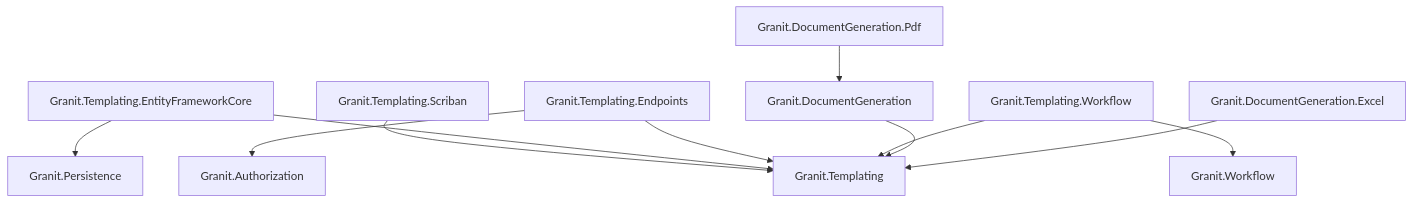
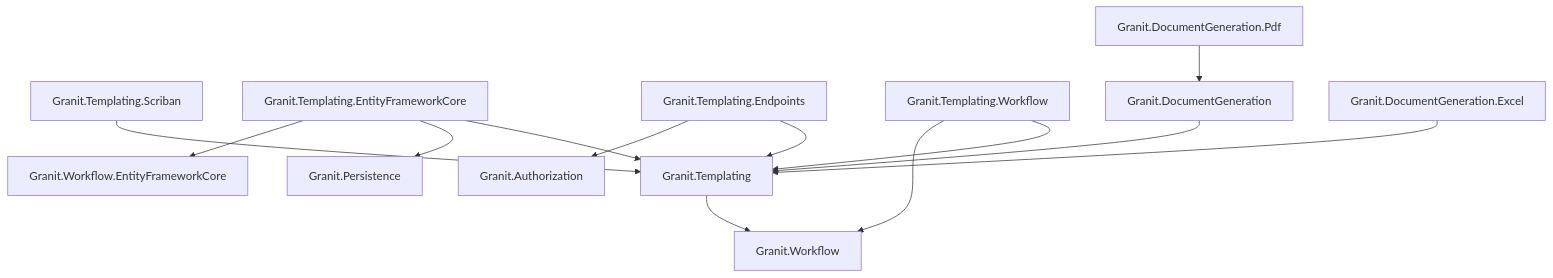
One commit to granit-fx/granit-dotnet changed the first of 3 diagrams in docs-site/src/content/docs/dotnet/business/templating.mdx. Above: the diagram before and after it, drawn with Mermaid. The commit also changed other lines of this file and 41 other files, not shown here.

First line of the commit message:
refactor(templating): migrate TemplateRevisionEntity to VersionedWorkflowEntity

````diff
--- a/docs-site/src/content/docs/dotnet/business/templating.mdx
+++ b/docs-site/src/content/docs/dotnet/business/templating.mdx
@@ -50,14 +50,15 @@
 ```mermaid
 graph TD
-    T[Granit.Templating]
+    T[Granit.Templating] --> W[Granit.Workflow]
     TS[Granit.Templating.Scriban] --> T
     TEF[Granit.Templating.EntityFrameworkCore] --> T
     TEF --> P[Granit.Persistence]
+    TEF --> WEF[Granit.Workflow.EntityFrameworkCore]
     TE[Granit.Templating.Endpoints] --> T
     TE --> AUTH[Granit.Authorization]
     TW[Granit.Templating.Workflow] --> T
-    TW --> W[Granit.Workflow]
+    TW --> W
     DG[Granit.DocumentGeneration] --> T
     DGP[Granit.DocumentGeneration.Pdf] --> DG
     DGE[Granit.DocumentGeneration.Excel] --> T
 ```
````
